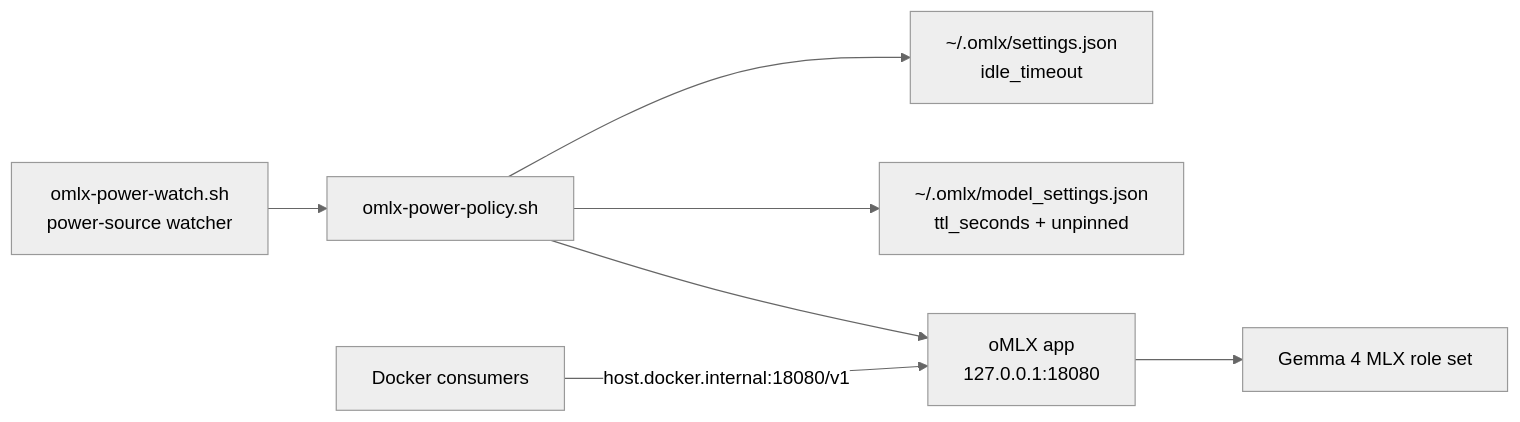
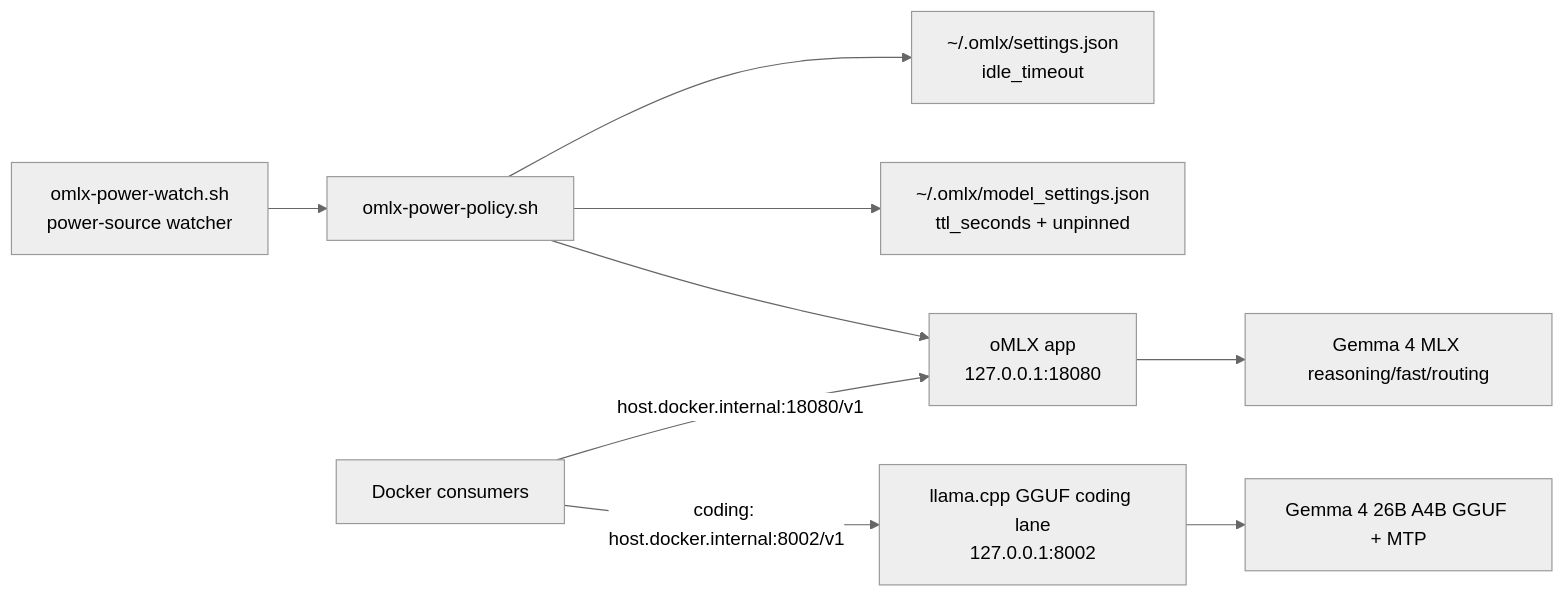
One commit to Thetromboneman1/macos-wireless-autoswitch changed the diagram in docs/OMLX_POWER_POLICY.md. Above: the diagram before and after it, drawn with Mermaid (neutral theme). The commit also changed other lines of this file and 22 other files, not shown here.

````diff
--- a/docs/OMLX_POWER_POLICY.md
+++ b/docs/OMLX_POWER_POLICY.md
@@ -7,9 +7,12 @@
 ```mermaid
 flowchart LR
   Watch["omlx-power-watch.sh<br/>power-source watcher"] --> Policy["omlx-power-policy.sh"]
   Policy --> Settings["~/.omlx/settings.json<br/>idle_timeout"]
   Policy --> ModelSettings["~/.omlx/model_settings.json<br/>ttl_seconds + unpinned"]
   Policy --> OMLX["oMLX app<br/>127.0.0.1:18080"]
-  OMLX --> Models["Gemma 4 MLX role set"]
+  GGUF["llama.cpp GGUF coding lane<br/>127.0.0.1:8002"]
+  OMLX --> Models["Gemma 4 MLX reasoning/fast/routing"]
+  GGUF --> Coding["Gemma 4 26B A4B GGUF + MTP"]
   Containers["Docker consumers"] -->|"host.docker.internal:18080/v1"| OMLX
+  Containers -->|"coding: host.docker.internal:8002/v1"| GGUF
 ```
````
